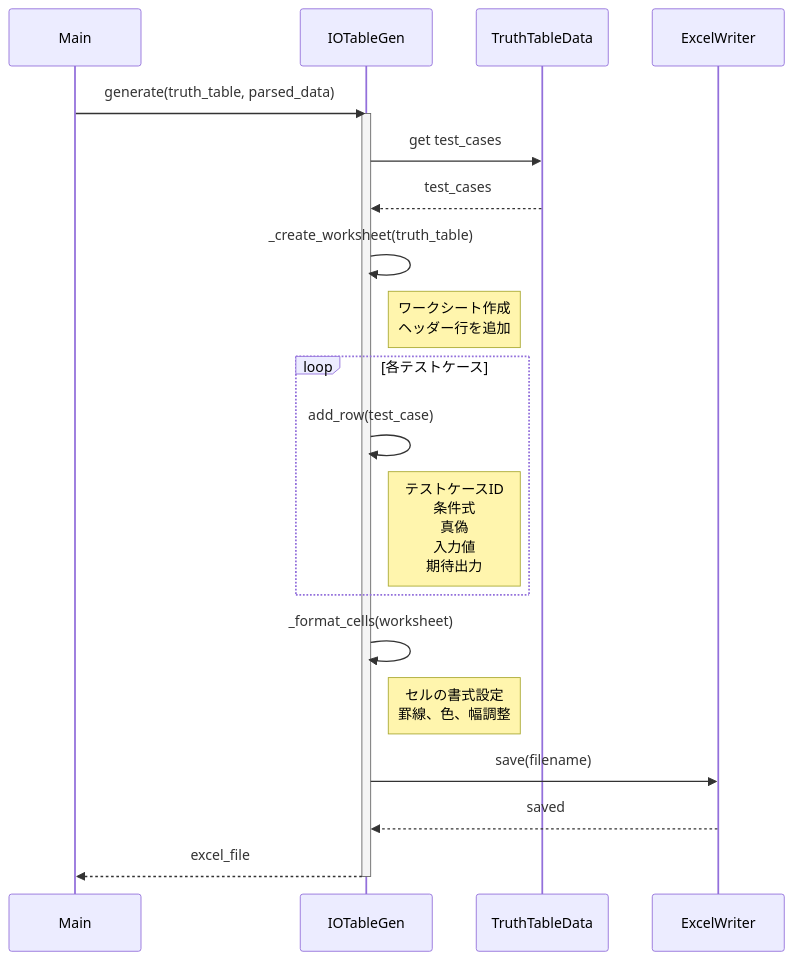
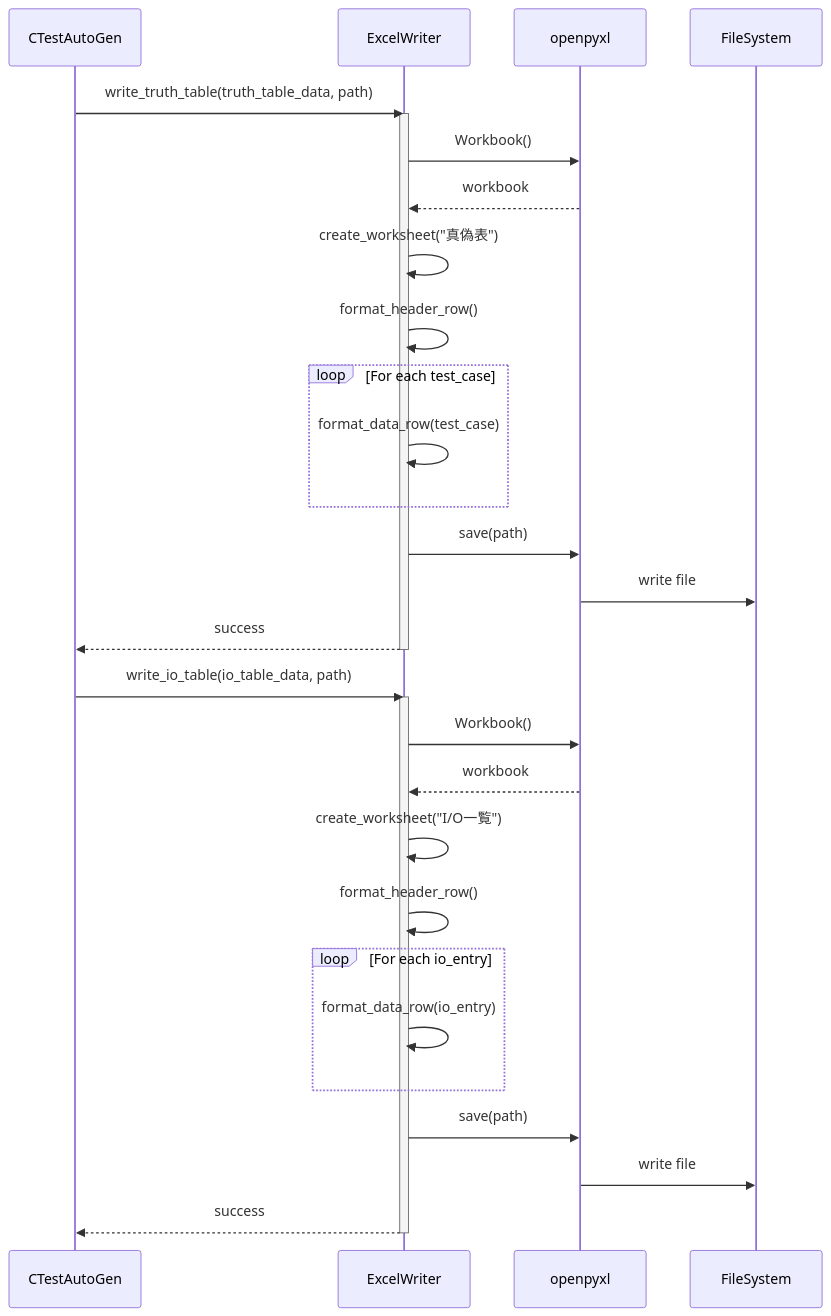
One commit to ryu5791/AutoUniTestGen changed the eighth of 11 diagrams in doc/design_sequence_diagram.md. Above: the diagram before and after it, drawn with Mermaid. The commit also changed other lines of this file and 6 other files, not shown here.

````diff
--- a/doc/design_sequence_diagram.md
+++ b/doc/design_sequence_diagram.md
@@ -306,30 +406,45 @@
 ```mermaid
 sequenceDiagram
-    participant Main
-    participant IOTableGen
-    participant TruthTableData
+    participant CTestAutoGen
     participant ExcelWriter
+    participant openpyxl
+    participant FileSystem
     
-    Main->>IOTableGen: generate(truth_table, parsed_data)
-    activate IOTableGen
+    CTestAutoGen->>ExcelWriter: write_truth_table(truth_table_data, path)
+    activate ExcelWriter
     
-    IOTableGen->>TruthTableData: get test_cases
-    TruthTableData-->>IOTableGen: test_cases
+    ExcelWriter->>openpyxl: Workbook()
+    openpyxl-->>ExcelWriter: workbook
     
-    IOTableGen->>IOTableGen: _create_worksheet(truth_table)
-    Note right of IOTableGen: ワークシート作成<br/>ヘッダー行を追加
+    ExcelWriter->>ExcelWriter: create_worksheet("真偽表")
+    ExcelWriter->>ExcelWriter: format_header_row()
     
-    loop 各テストケース
-        IOTableGen->>IOTableGen: add_row(test_case)
-        Note right of IOTableGen: テストケースID<br/>条件式<br/>真偽<br/>入力値<br/>期待出力
+    loop For each test_case
+        ExcelWriter->>ExcelWriter: format_data_row(test_case)
     end
     
-    IOTableGen->>IOTableGen: _format_cells(worksheet)
-    Note right of IOTableGen: セルの書式設定<br/>罫線、色、幅調整
+    ExcelWriter->>openpyxl: save(path)
+    openpyxl->>FileSystem: write file
     
-    IOTableGen->>ExcelWriter: save(filename)
-    ExcelWriter-->>IOTableGen: saved
+    ExcelWriter-->>CTestAutoGen: success
+    deactivate ExcelWriter
     
-    IOTableGen-->>Main: excel_file
-    deactivate IOTableGen
+    CTestAutoGen->>ExcelWriter: write_io_table(io_table_data, path)
+    activate ExcelWriter
+    
+    ExcelWriter->>openpyxl: Workbook()
+    openpyxl-->>ExcelWriter: workbook
+    
+    ExcelWriter->>ExcelWriter: create_worksheet("I/O一覧")
+    ExcelWriter->>ExcelWriter: format_header_row()
+    
+    loop For each io_entry
+        ExcelWriter->>ExcelWriter: format_data_row(io_entry)
+    end
+    
+    ExcelWriter->>openpyxl: save(path)
+    openpyxl->>FileSystem: write file
+    
+    ExcelWriter-->>CTestAutoGen: success
+    deactivate ExcelWriter
 ```
````
